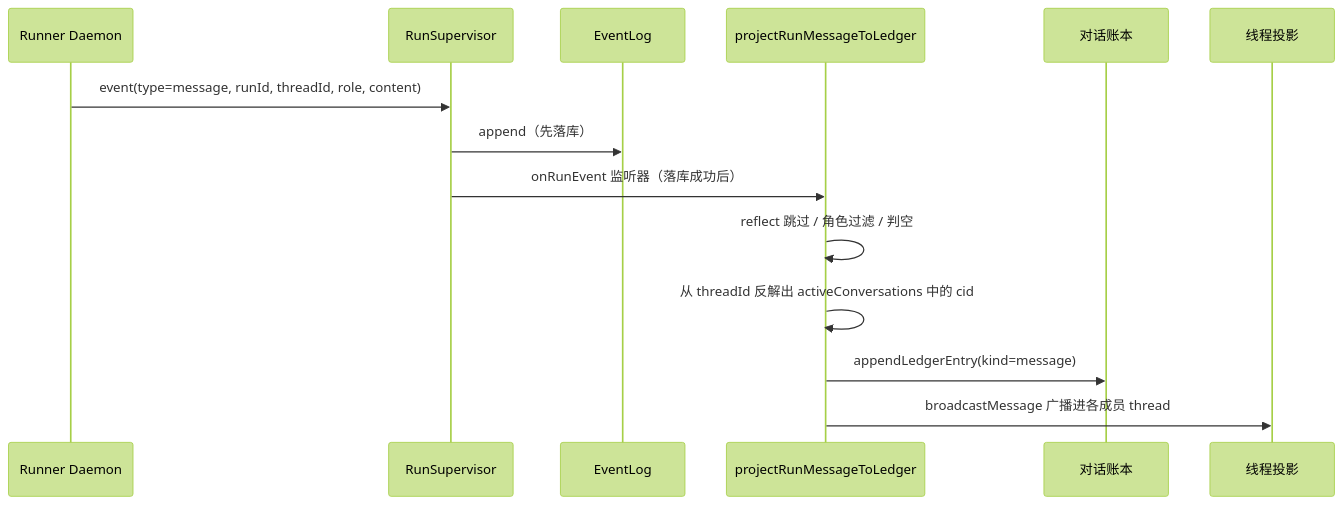
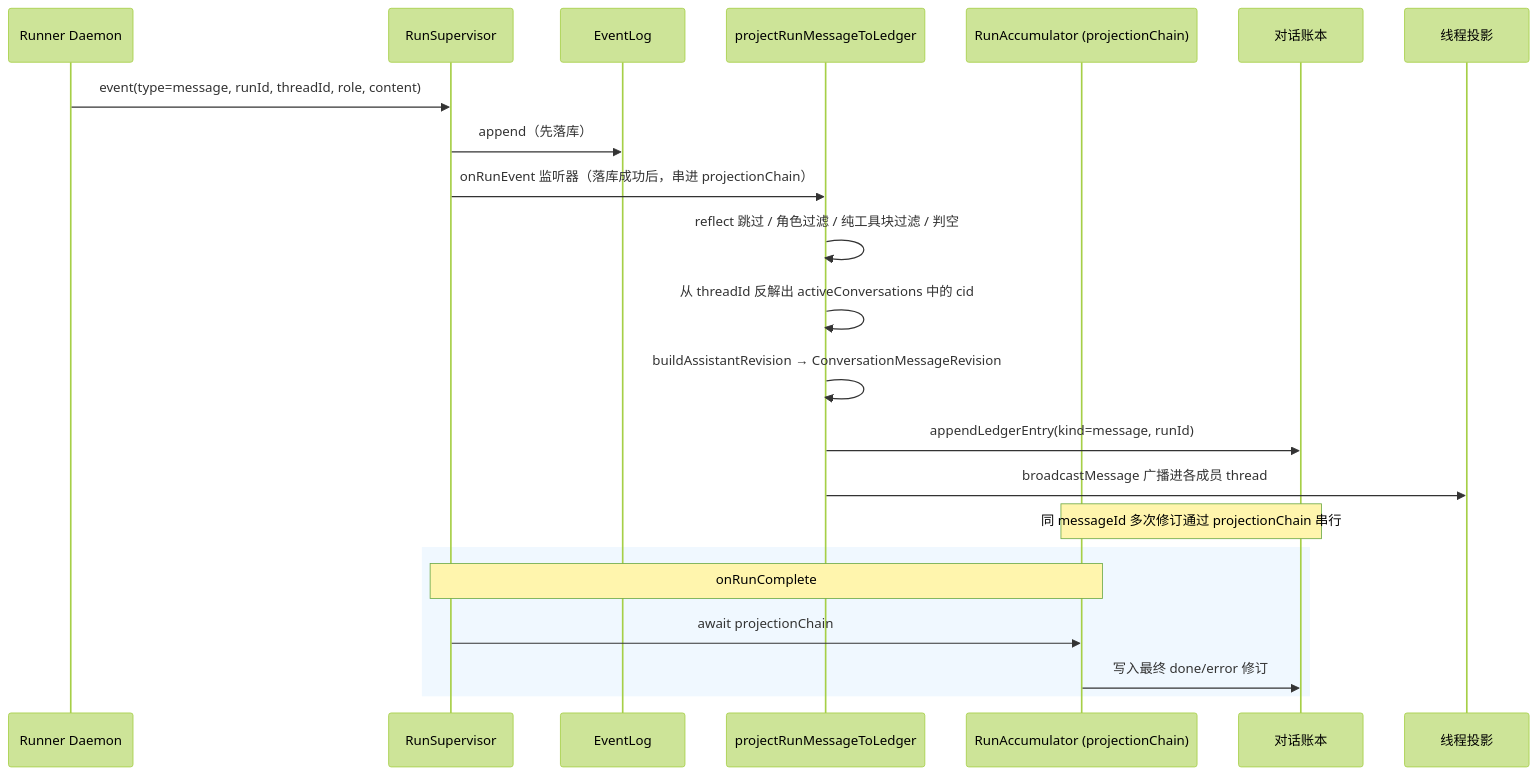
One commit to Chengchcc/my-agent-team changed the diagram in docs/architecture/backend/conversation-projection.md. Above: the diagram before and after it, drawn with Mermaid (forest theme). The commit also changed other lines of this file and 8 other files, not shown here.

First line of the commit message:
docs: update architecture docs for message-revisions

````diff
--- a/docs/architecture/backend/conversation-projection.md
+++ b/docs/architecture/backend/conversation-projection.md
@@ -89,17 +103,26 @@
 ```mermaid
 sequenceDiagram
   participant D as Runner Daemon
   participant S as RunSupervisor
   participant E as EventLog
   participant P as projectRunMessageToLedger
+  participant A as RunAccumulator (projectionChain)
   participant L as 对话账本
   participant T as 线程投影
 
   D->>S: event(type=message, runId, threadId, role, content)
   S->>E: append（先落库）
-  S->>P: onRunEvent 监听器（落库成功后）
-  P->>P: reflect 跳过 / 角色过滤 / 判空
+  S->>P: onRunEvent 监听器（落库成功后，串进 projectionChain）
+  P->>P: reflect 跳过 / 角色过滤 / 纯工具块过滤 / 判空
   P->>P: 从 threadId 反解出 activeConversations 中的 cid
-  P->>L: appendLedgerEntry(kind=message)
+  P->>P: buildAssistantRevision → ConversationMessageRevision
+  P->>L: appendLedgerEntry(kind=message, runId)
   P->>T: broadcastMessage 广播进各成员 thread
+  Note over A,L: 同 messageId 多次修订通过 projectionChain 串行
+
+  rect rgb(240, 248, 255)
+    Note over S,A: onRunComplete
+    S->>A: await projectionChain
+    A->>L: 写入最终 done/error 修订
+  end
 ```
````
